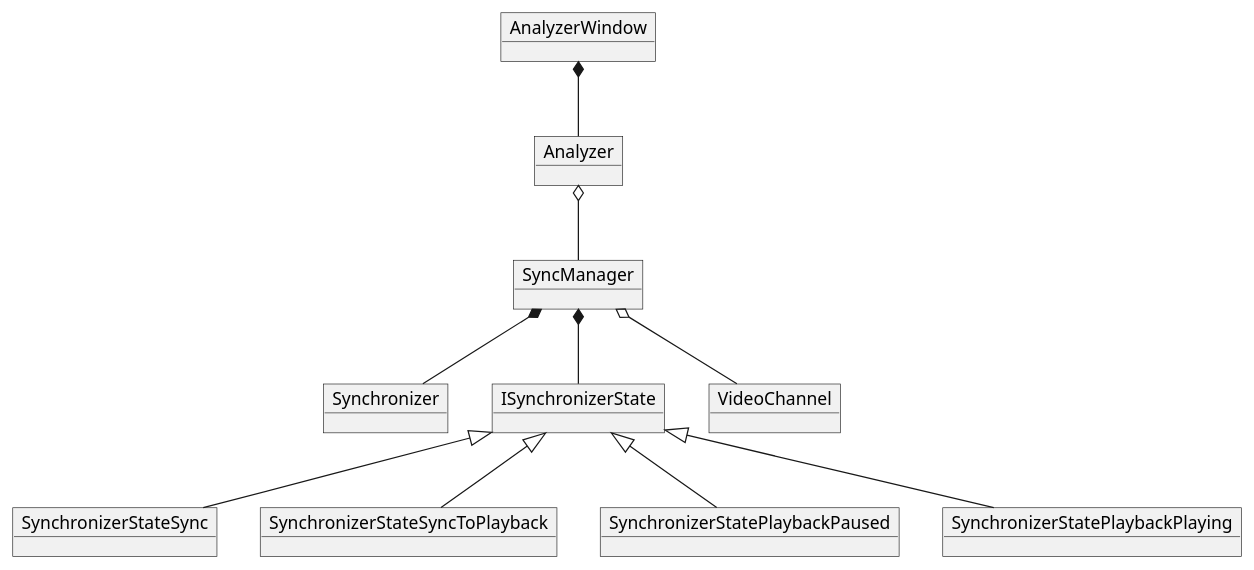
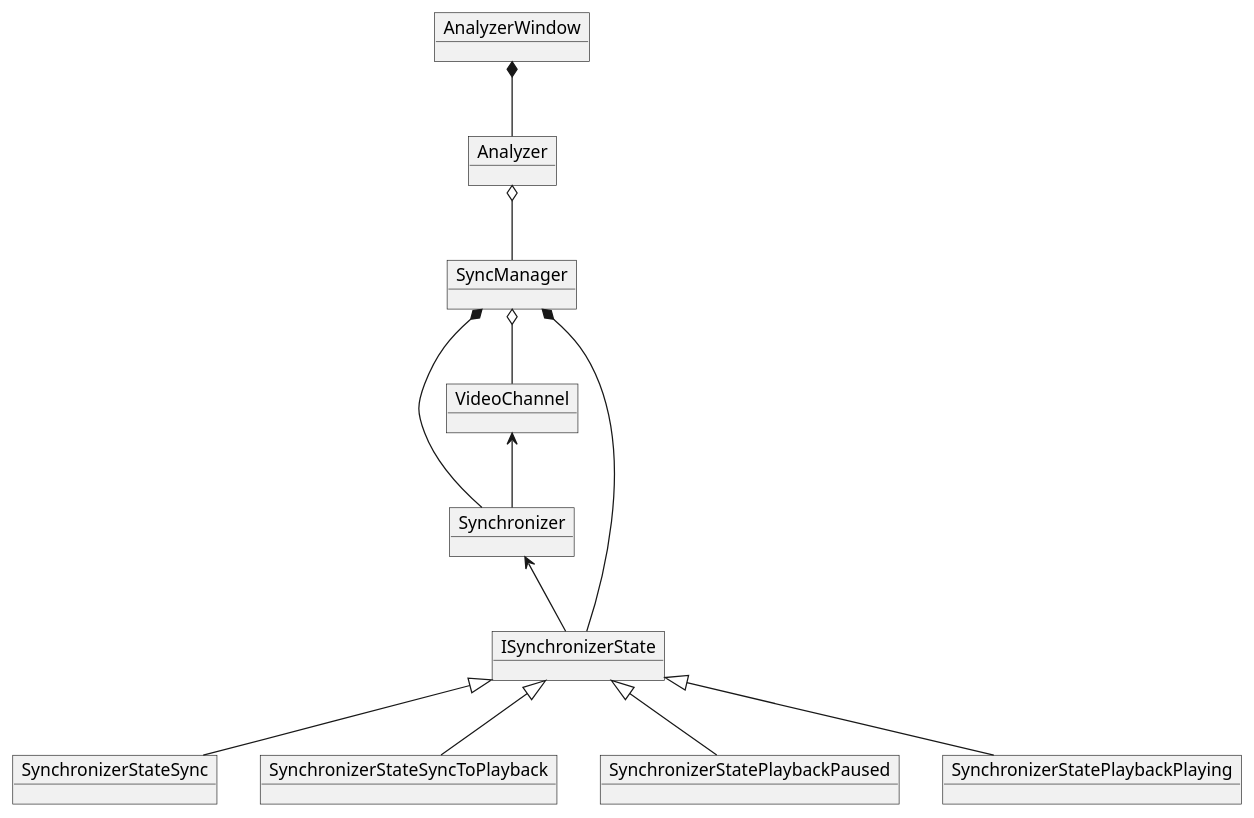
One commit to timwalsh41/SwingAnalyzer changed the second of 2 diagrams in design/Video synchronization.md. Above: the diagram before and after it, drawn with PlantUML. The commit also changed other lines of this file and 2 other files, not shown here.

Commit message:
Updated video synchronization markdown

````diff
--- a/design/Video synchronization.md
+++ b/design/Video synchronization.md
@@ -67,28 +92,30 @@
 ```plantuml
 
 @startuml
 
 object AnalyzerWindow
 object Analyzer
 object SyncManager
 object Synchronizer
 object ISynchronizerState
 object SynchronizerStateSync
 object SynchronizerStateSyncToPlayback
 object SynchronizerStatePlaybackPaused
 object SynchronizerStatePlaybackPlaying
 object VideoChannel
 
 SyncManager *-- ISynchronizerState
 ISynchronizerState <|-- SynchronizerStatePlaybackPlaying
 ISynchronizerState <|-- SynchronizerStatePlaybackPaused
 ISynchronizerState <|-- SynchronizerStateSync
 ISynchronizerState <|-- SynchronizerStateSyncToPlayback
+Synchronizer <-- ISynchronizerState
 SyncManager *-- Synchronizer
 SyncManager o-- VideoChannel
+VideoChannel <-- Synchronizer
 Analyzer o-- SyncManager
 AnalyzerWindow *-- Analyzer
 
 @enduml
 
 ```
````
